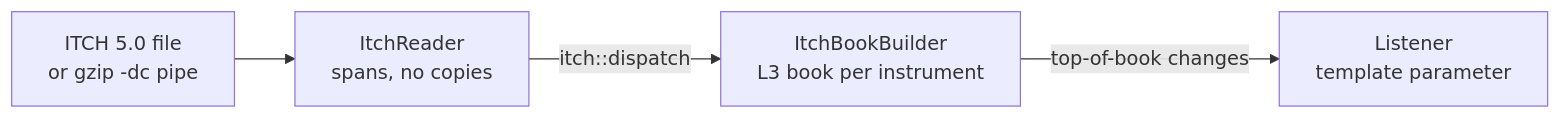
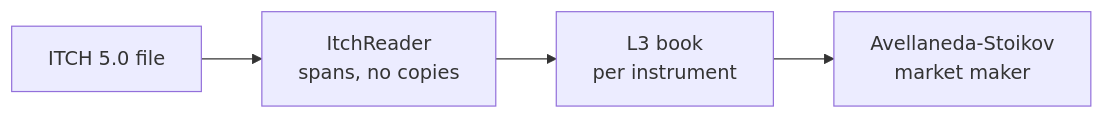
The diagram in README.md (veetihietasalo/veetihietasalo), drawn with Mermaid before and after one commit. The commit also changed other lines of this file, not shown here.

````diff
--- a/README.md
+++ b/README.md
@@ -35,6 +14,4 @@
 ```mermaid
 flowchart LR
-    F["ITCH 5.0 file<br>or gzip -dc pipe"] --> R["ItchReader<br>spans, no copies"]
-    R -->|"itch::dispatch"| B["ItchBookBuilder<br>L3 book per instrument"]
-    B -->|"top-of-book changes"| L["Listener<br>template parameter"]
+    F["ITCH 5.0 file"] --> R["ItchReader<br>spans, no copies"] --> B["L3 book<br>per instrument"] --> M["Avellaneda-Stoikov<br>market maker"]
 ```
````
